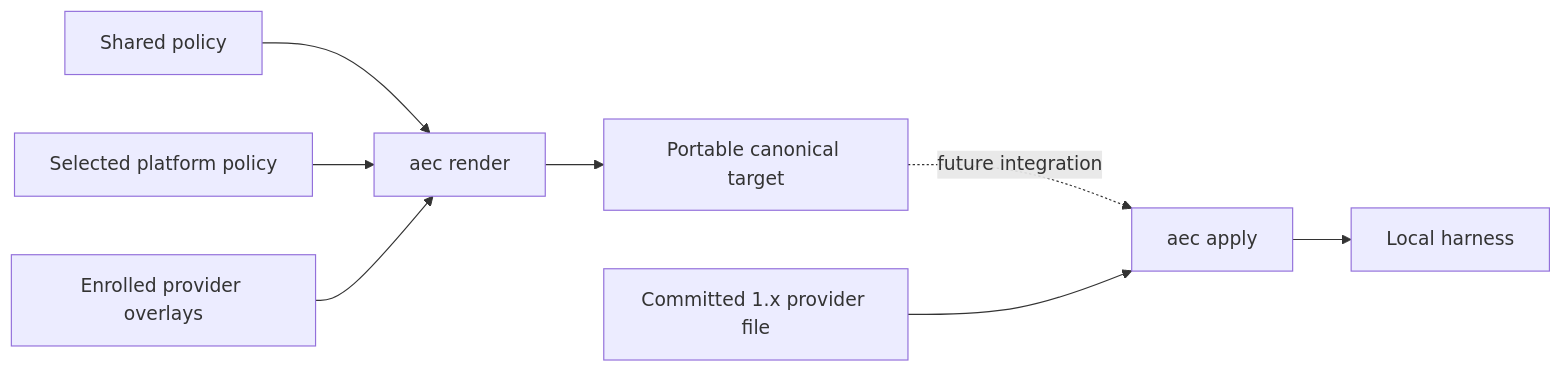
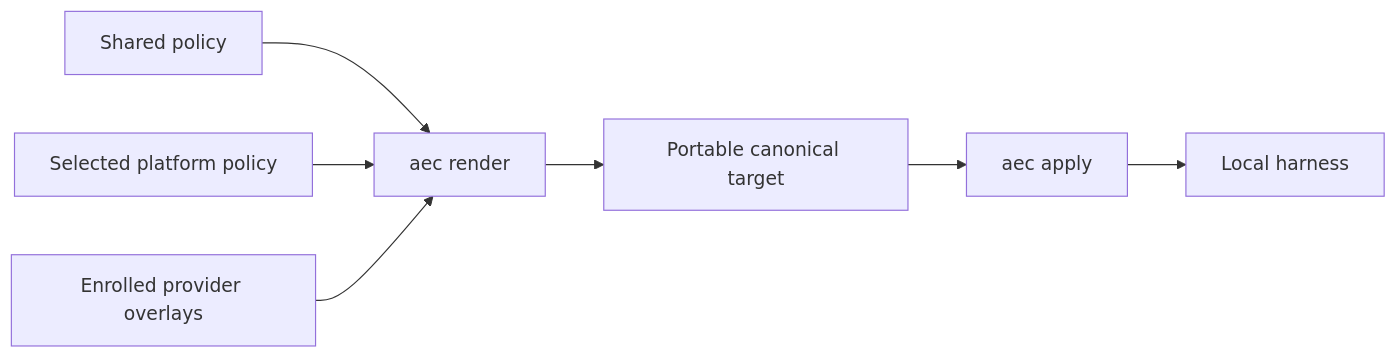
Before and after one commit to ferrywlto/ai-env-as-code: the first of 9 diagrams in docs/shared-instructions-design.md, drawn with Mermaid. The commit also changed other lines of this file and 7 other files, not shown here.

Commit message:
feat: apply committed portable Copilot target

````diff
--- a/docs/shared-instructions-design.md
+++ b/docs/shared-instructions-design.md
@@ -6,10 +6,9 @@
 ```mermaid
 flowchart LR
     Shared[Shared policy] --> Render["aec render"]
     Platform[Selected platform policy] --> Render
     Provider[Enrolled provider overlays] --> Render
     Render --> Target[Portable canonical target]
-    Target -.->|future integration| Apply["aec apply"]
-    Legacy[Committed 1.x provider file] --> Apply
+    Target --> Apply["aec apply"]
     Apply --> Runtime[Local harness]
 ```
````
